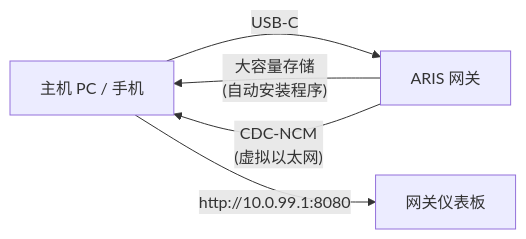
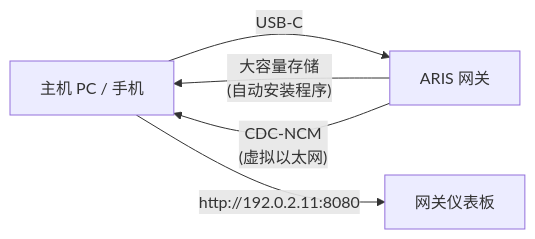
One commit to celestia-island/aris changed the diagram in docs/zh-Hans/guides/usb-c-provisioning.md. Above: the diagram before and after it, drawn with Mermaid. The commit also changed other lines of this file and 18 other files, not shown here.

````diff
--- a/docs/zh-Hans/guides/usb-c-provisioning.md
+++ b/docs/zh-Hans/guides/usb-c-provisioning.md
@@ -26,7 +26,7 @@
 ```mermaid
 flowchart LR
     HOST["主机 PC / 手机"] -->|"USB-C"| ARIS["ARIS 网关"]
     ARIS -->|"大容量存储\n(自动安装程序)"| HOST
     ARIS -->|"CDC-NCM\n(虚拟以太网)"| HOST
-    HOST -->|"http://10.0.99.1:8080"| DASH["网关仪表板"]
+    HOST -->|"http://192.0.2.11:8080"| DASH["网关仪表板"]
 ```
````
